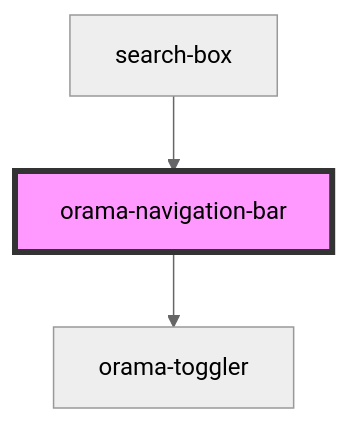
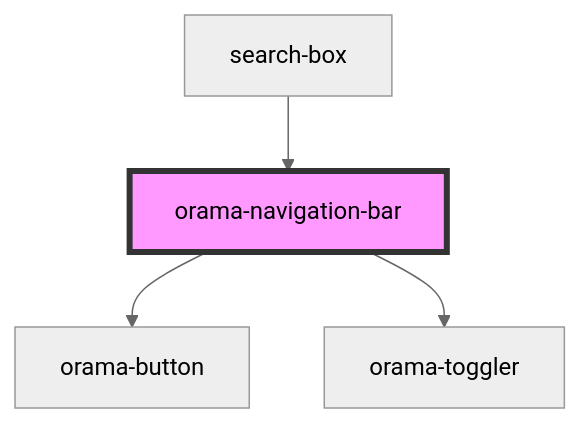
The diagram in packages/ui-stencil/src/components/internal/orama-navigation-bar/readme.md (askorama/orama-ui-components), drawn with Mermaid (neutral theme) before and after one commit. The commit also changed other lines of this file and 2 other files, not shown here.

Commit message:
chore: use orama-button for nav icons

````diff
--- a/packages/ui-stencil/src/components/internal/orama-navigation-bar/readme.md
+++ b/packages/ui-stencil/src/components/internal/orama-navigation-bar/readme.md
@@ -19,6 +20,7 @@
 ```mermaid
 graph TD;
+  orama-navigation-bar --> orama-button
   orama-navigation-bar --> orama-toggler
   search-box --> orama-navigation-bar
   style orama-navigation-bar fill:#f9f,stroke:#333,stroke-width:4px
 ```
````
